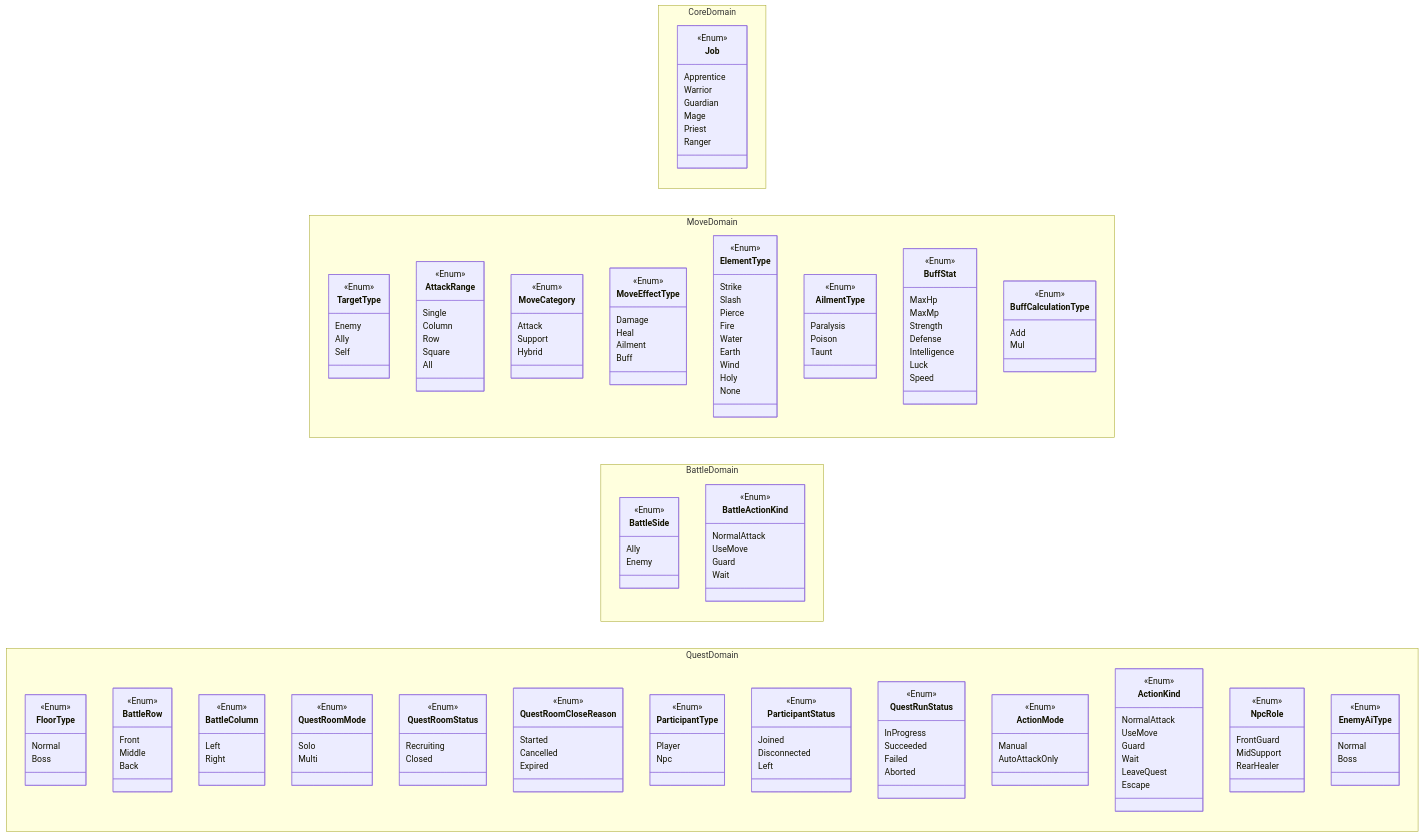
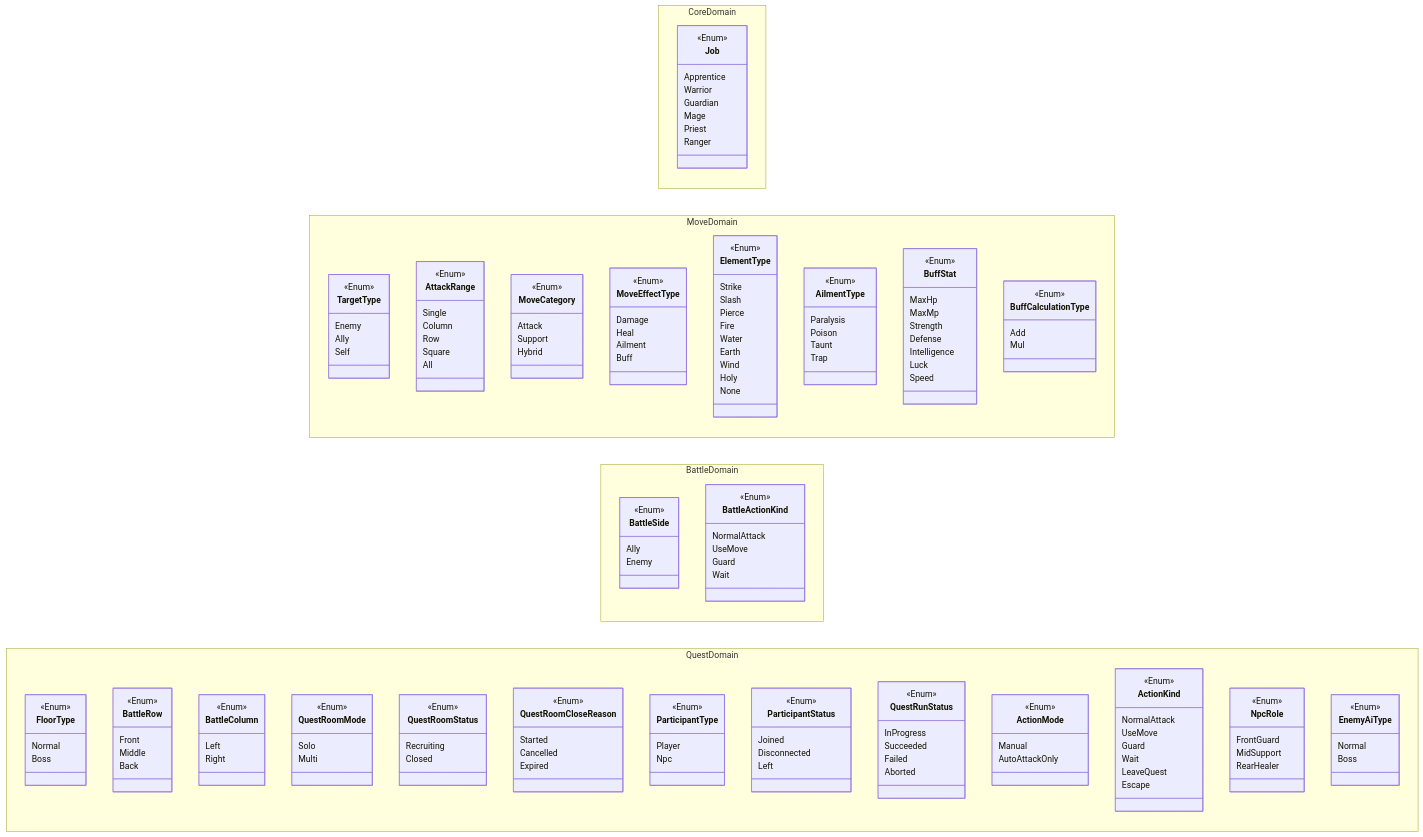
Before and after one commit to ayumu203/nisekue: the diagram in docs/MMD21_Enum.mmd, drawn with Mermaid. The commit also changed 4 other files, not shown here.

```diff
--- a/docs/MMD21_Enum.mmd
+++ b/docs/MMD21_Enum.mmd
@@ -1,189 +1,190 @@
 classDiagram
     direction LR
     namespace CoreDomain {
         class Job {
             <<Enum>>
             Apprentice
             Warrior
             Guardian
             Mage
             Priest
             Ranger
         }
     }
 
     namespace MoveDomain {
         class TargetType {
             <<Enum>>
             Enemy
             Ally
             Self
         }
 
         class AttackRange {
             <<Enum>>
             Single
             Column
             Row
             Square
             All
         }
 
         class MoveCategory {
             <<Enum>>
             Attack
             Support
             Hybrid
         }
 
         class MoveEffectType {
             <<Enum>>
             Damage
             Heal
             Ailment
             Buff
         }
 
         class ElementType {
             <<Enum>>
             Strike
             Slash
             Pierce
             Fire
             Water
             Earth
             Wind
             Holy
             None
         }
 
         class AilmentType {
             <<Enum>>
             Paralysis
             Poison
             Taunt
+            Trap
         }
 
         class BuffStat {
             <<Enum>>
             MaxHp
             MaxMp
             Strength
             Defense
             Intelligence
             Luck
             Speed
         }
 
         class BuffCalculationType {
             <<Enum>>
             Add
             Mul
         }
     }
 
     namespace BattleDomain {
         class BattleSide {
             <<Enum>>
             Ally
             Enemy
         }
 
         class BattleActionKind {
             <<Enum>>
             NormalAttack
             UseMove
             Guard
             Wait
         }
     }
 
     namespace QuestDomain {
         class FloorType {
             <<Enum>>
             Normal
             Boss
         }
 
         class BattleRow {
             <<Enum>>
             Front
             Middle
             Back
         }
 
         class BattleColumn {
             <<Enum>>
             Left
             Right
         }
 
         class QuestRoomMode {
             <<Enum>>
             Solo
             Multi
         }
 
         class QuestRoomStatus {
             <<Enum>>
             Recruiting
             Closed
         }
 
         class QuestRoomCloseReason {
             <<Enum>>
             Started
             Cancelled
             Expired
         }
 
         class ParticipantType {
             <<Enum>>
             Player
             Npc
         }
 
         class ParticipantStatus {
             <<Enum>>
             Joined
             Disconnected
             Left
         }
 
         class QuestRunStatus {
             <<Enum>>
             InProgress
             Succeeded
             Failed
             Aborted
         }
 
         class ActionMode {
             <<Enum>>
             Manual
             AutoAttackOnly
         }
 
         class ActionKind {
             <<Enum>>
             NormalAttack
             UseMove
             Guard
             Wait
             LeaveQuest
             Escape
         }
 
         class NpcRole {
             <<Enum>>
             FrontGuard
             MidSupport
             RearHealer
         }
 
         class EnemyAiType {
             <<Enum>>
             Normal
             Boss
         }
     }
```
